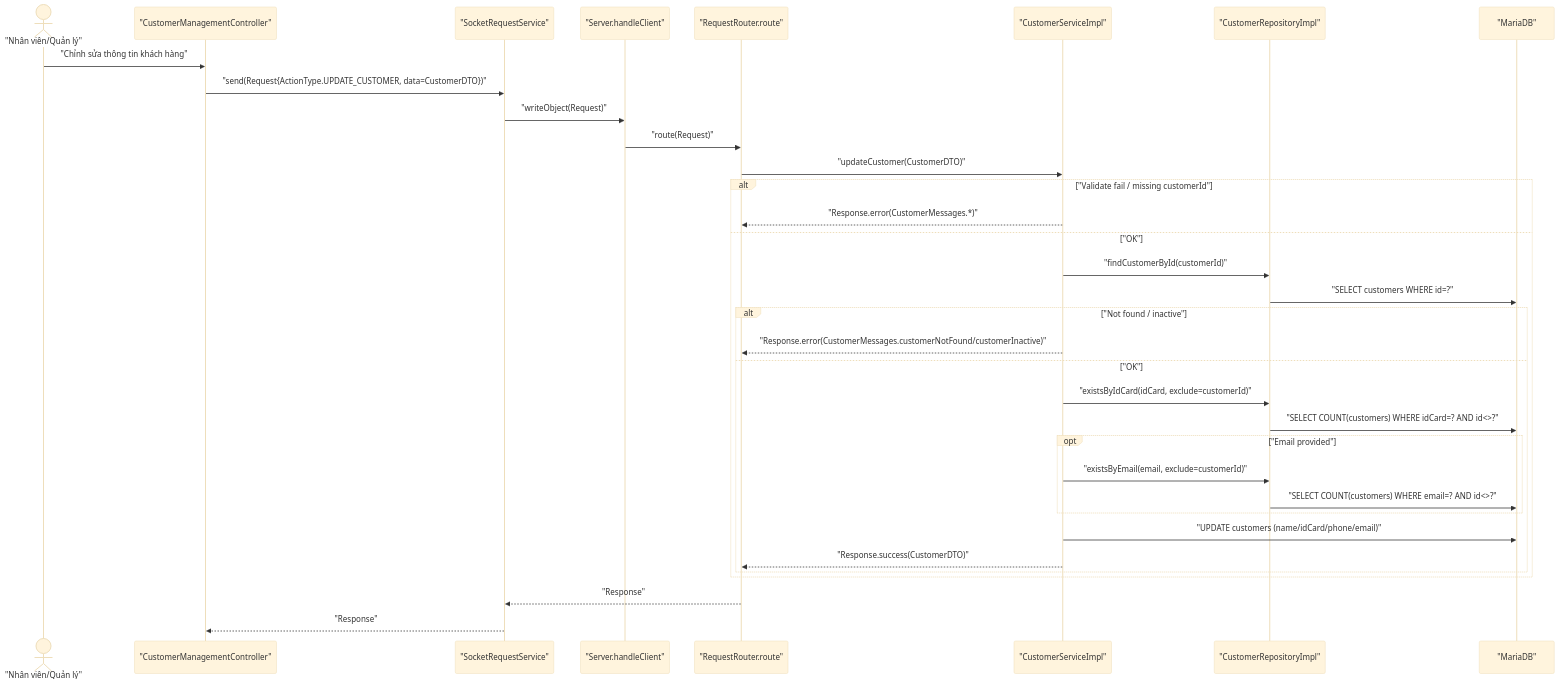
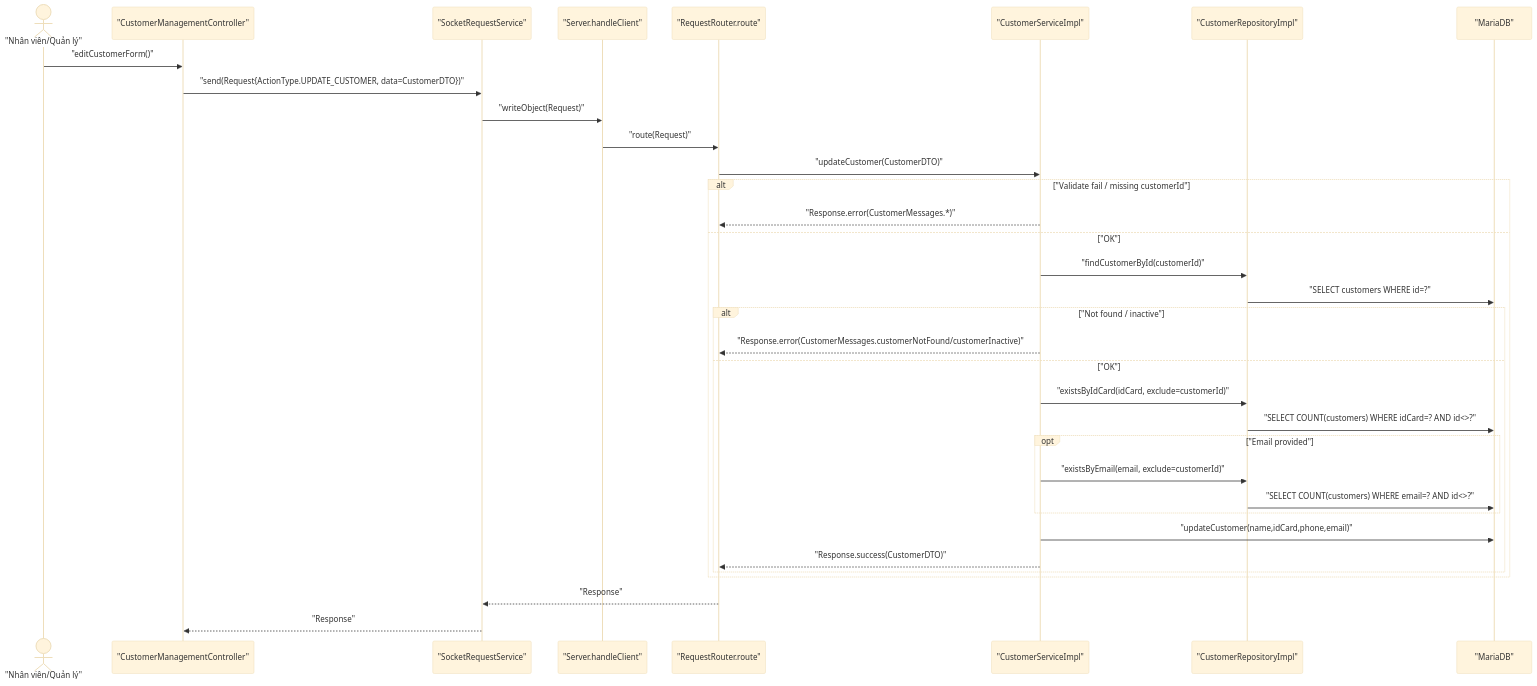
The diagram in docs/diagrams/sequence/uc004-sua-khach-hang.md (Distributed-Programing-Project/railway-reservation-system-server), drawn with Mermaid (base theme) before and after one commit. The commit also changed other lines of this file and 6 other files, not shown here.

Commit message:
fix: syntax diagram

````diff
--- a/docs/diagrams/sequence/uc004-sua-khach-hang.md
+++ b/docs/diagrams/sequence/uc004-sua-khach-hang.md
@@ -3,37 +3,37 @@
 ```mermaid
 sequenceDiagram
   actor User as "Nhân viên/Quản lý"
   participant UI as "CustomerManagementController"
   participant Socket as "SocketRequestService"
   participant Server as "Server.handleClient"
   participant Router as "RequestRouter.route"
   participant Svc as "CustomerServiceImpl"
   participant Repo as "CustomerRepositoryImpl"
   participant DB as "MariaDB"
 
-  User->>UI: "Chỉnh sửa thông tin khách hàng"
+  User->>UI: "editCustomerForm()"
   UI->>Socket: "send(Request{ActionType.UPDATE_CUSTOMER, data=CustomerDTO})"
   Socket->>Server: "writeObject(Request)"
   Server->>Router: "route(Request)"
   Router->>Svc: "updateCustomer(CustomerDTO)"
   alt "Validate fail / missing customerId"
     Svc-->>Router: "Response.error(CustomerMessages.*)"
   else "OK"
     Svc->>Repo: "findCustomerById(customerId)"
     Repo->>DB: "SELECT customers WHERE id=?"
     alt "Not found / inactive"
       Svc-->>Router: "Response.error(CustomerMessages.customerNotFound/customerInactive)"
     else "OK"
       Svc->>Repo: "existsByIdCard(idCard, exclude=customerId)"
       Repo->>DB: "SELECT COUNT(customers) WHERE idCard=? AND id<>?"
       opt "Email provided"
         Svc->>Repo: "existsByEmail(email, exclude=customerId)"
         Repo->>DB: "SELECT COUNT(customers) WHERE email=? AND id<>?"
       end
-      Svc->>DB: "UPDATE customers (name/idCard/phone/email)"
+      Svc->>DB: "updateCustomer(name,idCard,phone,email)"
       Svc-->>Router: "Response.success(CustomerDTO)"
     end
   end
   Router-->>Socket: "Response"
   Socket-->>UI: "Response"
 ```
````
